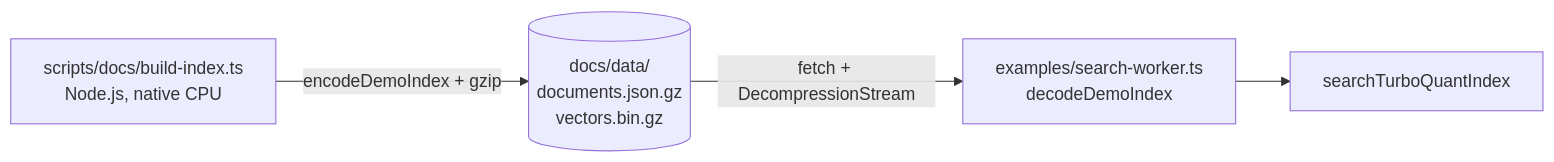
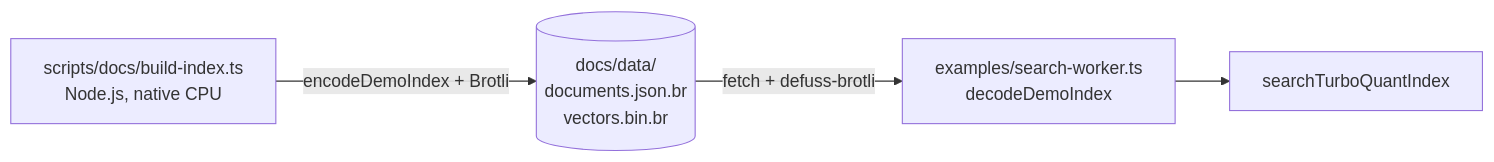
The second of 2 diagrams in README.md (kyr0/defuss-vectorsearch), drawn with Mermaid before and after one commit. The commit also changed other lines of this file and 65 other files, not shown here.

First line of the commit message:
feat: Brotli model downloads, demo modes with prebuilt reranker token vectors; 0.4.0

````diff
--- a/README.md
+++ b/README.md
@@ -529,6 +557,6 @@
 ```mermaid
 flowchart LR
-    A["scripts/docs/build-index.ts<br/>Node.js, native CPU"] -->|"encodeDemoIndex + gzip"| B[("docs/data/<br/>documents.json.gz<br/>vectors.bin.gz")]
-    B -->|"fetch + DecompressionStream"| C["examples/search-worker.ts<br/>decodeDemoIndex"]
+    A["scripts/docs/build-index.ts<br/>Node.js, native CPU"] -->|"encodeDemoIndex + Brotli"| B[("docs/data/<br/>documents.json.br<br/>vectors.bin.br")]
+    B -->|"fetch + defuss-brotli"| C["examples/search-worker.ts<br/>decodeDemoIndex"]
     C --> D["searchTurboQuantIndex"]
 ```
````
